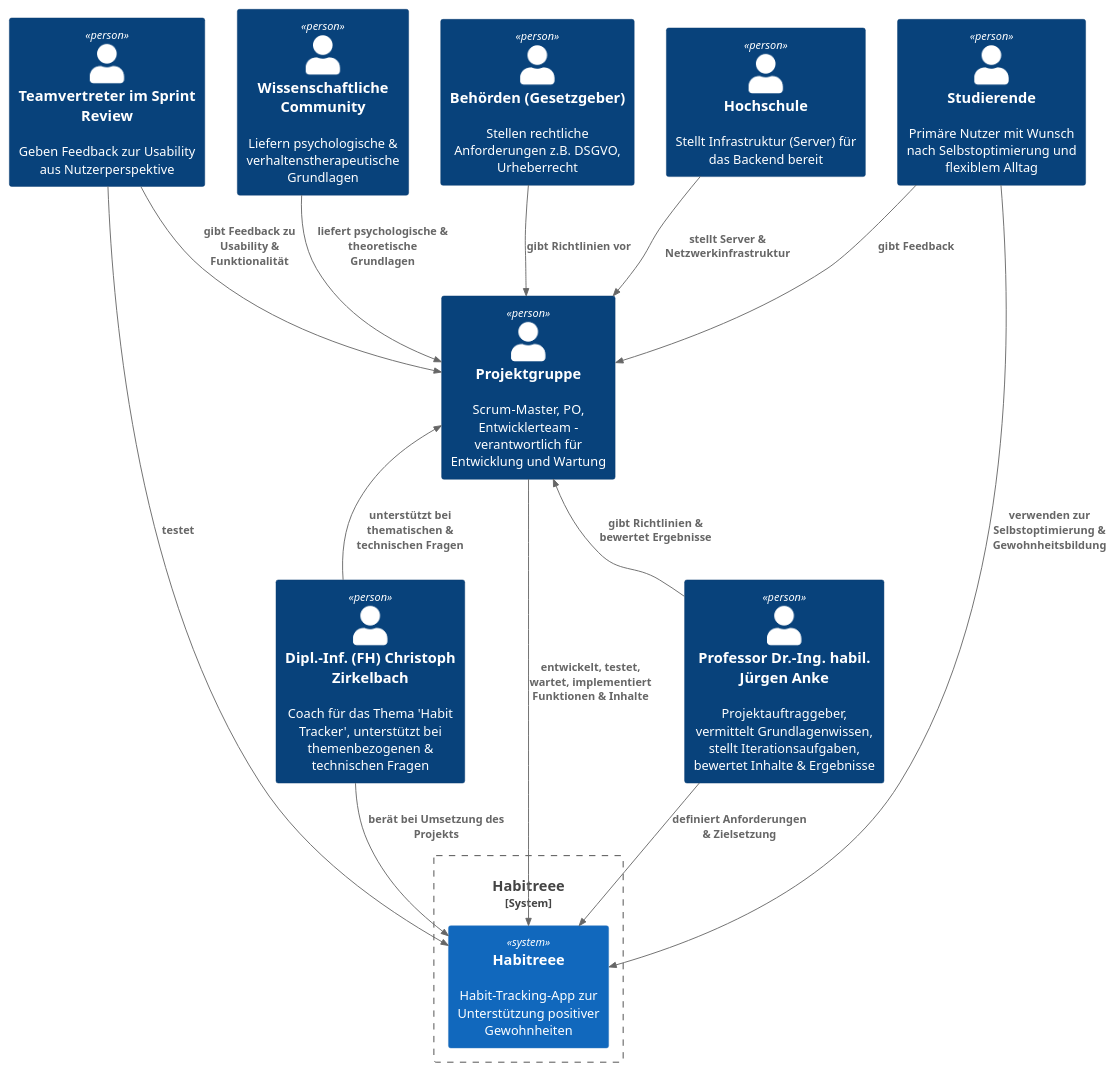
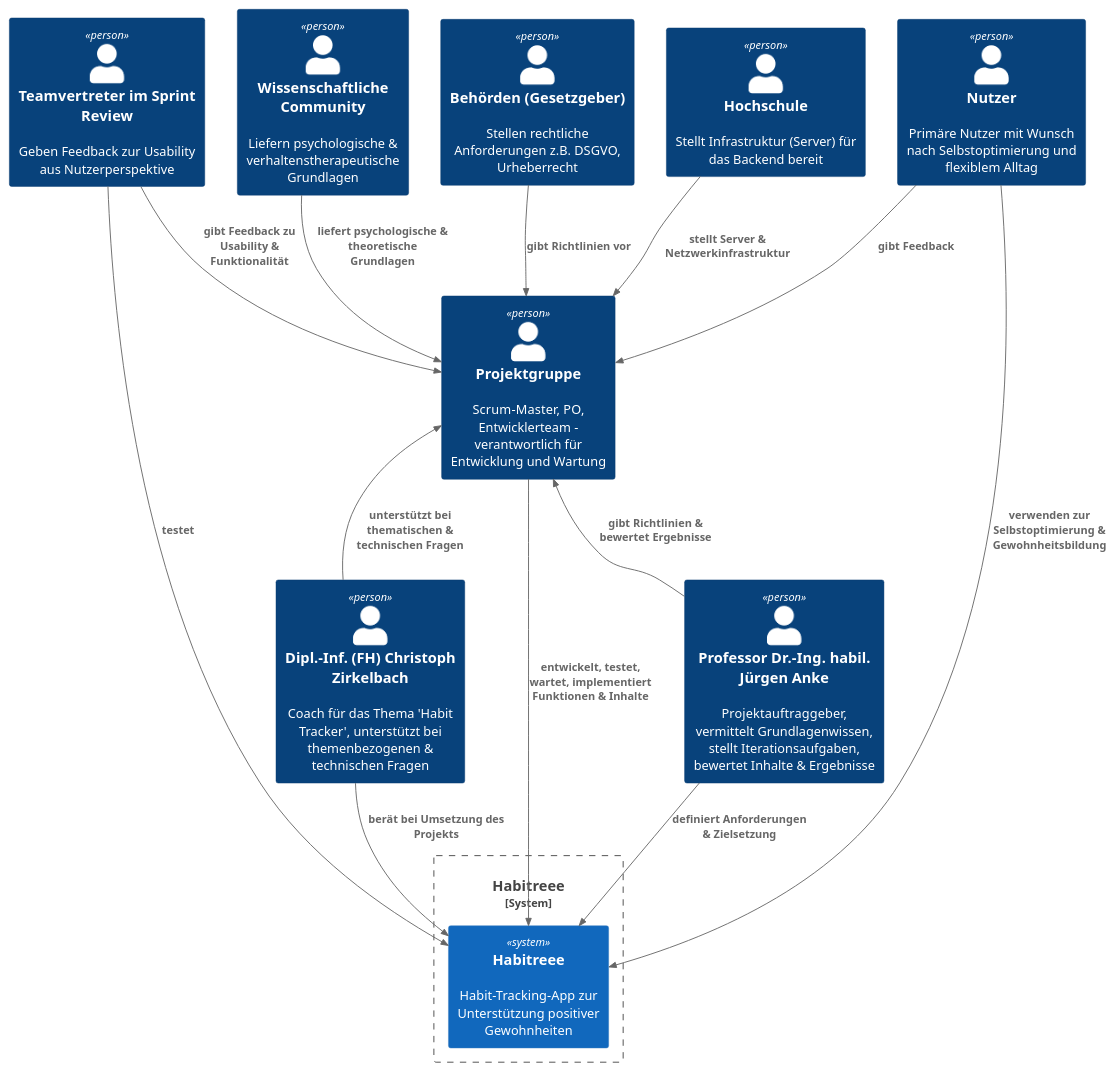
One commit to laurenzzzzzz/htwd-se1-habitree changed the diagram in docs/architecture/plantuml/c4-habitree-level1.plantuml. Above: the diagram before and after it, drawn with PlantUML. The commit also changed 5 other files, not shown here.

Commit message:
Update UML Diagramme (architecture_notebook.adoc)

```diff
--- a/docs/architecture/plantuml/c4-habitree-level1.plantuml
+++ b/docs/architecture/plantuml/c4-habitree-level1.plantuml
@@ -1,39 +1,39 @@
 @startuml C4-Level1
 !include https://raw.githubusercontent.com/plantuml-stdlib/C4-PlantUML/master/C4_Context.puml
 
 System_Boundary(s1, "Habitreee") {
   System(habitreee, "Habitreee", "Habit-Tracking-App zur Unterstützung positiver Gewohnheiten")
 }
 
 ' Personen
-Person(studierende, "Studierende", "Primäre Nutzer mit Wunsch nach Selbstoptimierung und flexiblem Alltag")
+Person(studierende, "Nutzer", "Primäre Nutzer mit Wunsch nach Selbstoptimierung und flexiblem Alltag")
 Person(teamvertreter, "Teamvertreter im Sprint Review", "Geben Feedback zur Usability aus Nutzerperspektive")
 Person(projektgruppe, "Projektgruppe", "Scrum-Master, PO, Entwicklerteam – verantwortlich für Entwicklung und Wartung")
 Person(professor, "Professor Dr.-Ing. habil. Jürgen Anke", "Projektauftraggeber, vermittelt Grundlagenwissen, stellt Iterationsaufgaben, bewertet Inhalte & Ergebnisse")
 Person(coach, "Dipl.-Inf. (FH) Christoph Zirkelbach", "Coach für das Thema 'Habit Tracker', unterstützt bei themenbezogenen & technischen Fragen")
 Person(wissenschaft, "Wissenschaftliche Community", "Liefern psychologische & verhaltenstherapeutische Grundlagen")
 Person(behörden, "Behörden (Gesetzgeber)", "Stellen rechtliche Anforderungen z.B. DSGVO, Urheberrecht")
 Person(hochschule, "Hochschule", "Stellt Infrastruktur (Server) für das Backend bereit")
 
 ' Layout-Anordnung
 Lay_L(professor, projektgruppe)
 Lay_L(coach, projektgruppe)
 Lay_D(hochschule, projektgruppe)
 Lay_R(wissenschaft, projektgruppe)
 Lay_R(behörden, studierende)
 
 ' Beziehungen
 Rel(studierende, habitreee, "verwenden zur Selbstoptimierung & Gewohnheitsbildung")
 Rel(studierende, projektgruppe, "gibt Feedback")
 Rel(teamvertreter, habitreee, "testet")
 Rel(teamvertreter, projektgruppe, "gibt Feedback zu Usability & Funktionalität")
 Rel(projektgruppe, habitreee, "entwickelt, testet, wartet, implementiert Funktionen & Inhalte")
 Rel(hochschule, projektgruppe, "stellt Server & Netzwerkinfrastruktur")
 Rel(wissenschaft, projektgruppe, "liefert psychologische & theoretische Grundlagen")
 Rel(behörden, projektgruppe, "gibt Richtlinien vor")
 Rel(professor, projektgruppe, "gibt Richtlinien & bewertet Ergebnisse")
 Rel(professor, habitreee, "definiert Anforderungen & Zielsetzung")
 Rel(coach, projektgruppe, "unterstützt bei thematischen & technischen Fragen")
 Rel(coach, habitreee, "berät bei Umsetzung des Projekts")
 
 @enduml
```
